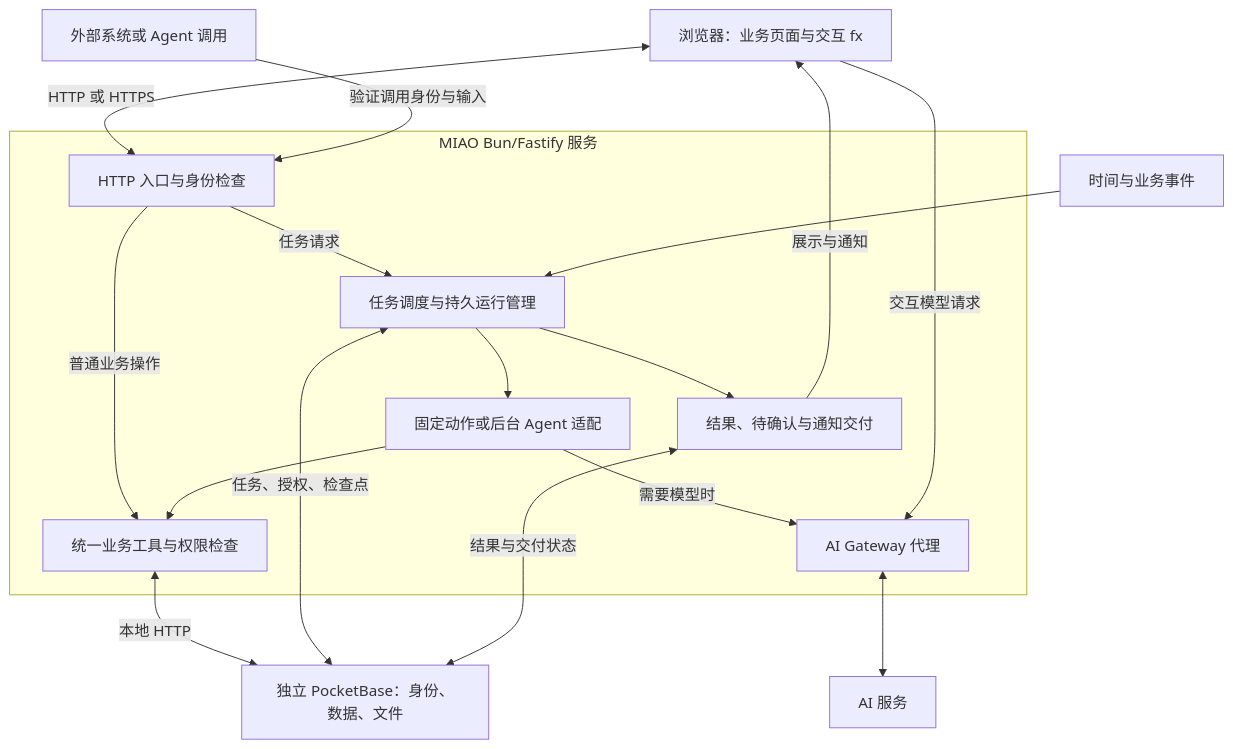
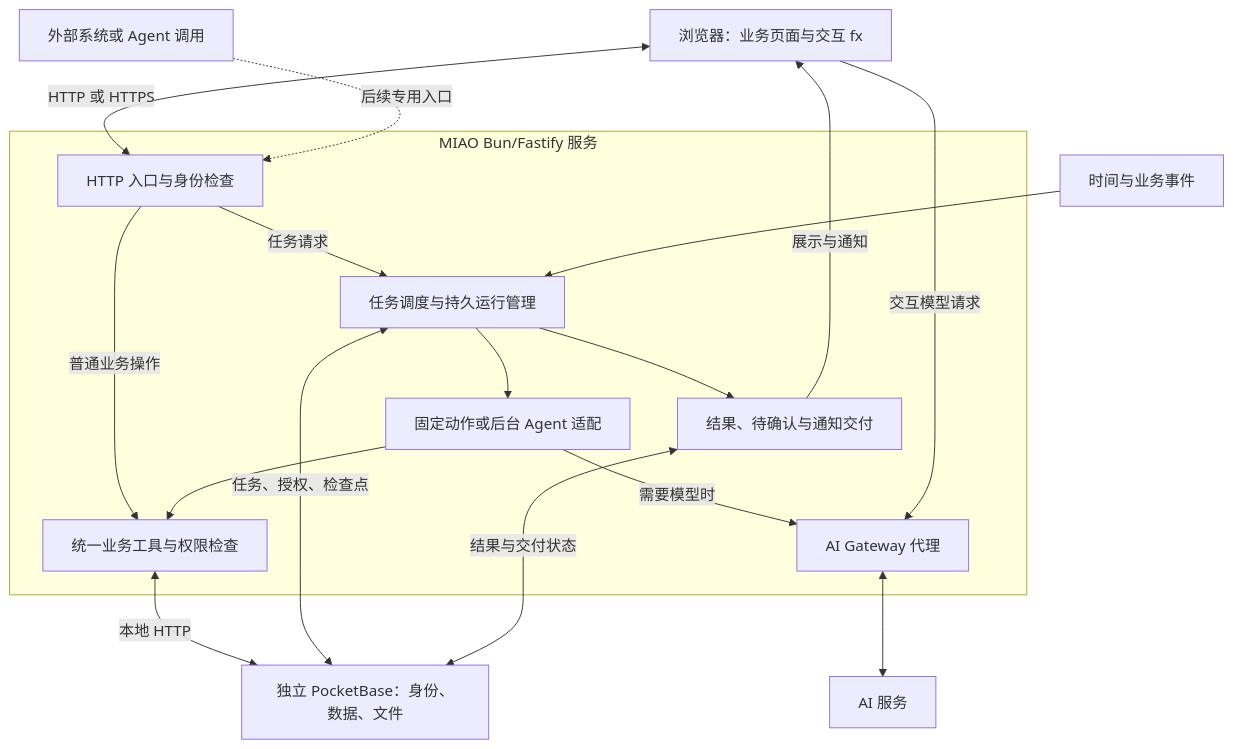
Before and after one commit to tans/miao: the first of 2 diagrams in docs/OPERATIONS.md, drawn with Mermaid. The commit also changed other lines of this file and 22 other files, not shown here.

````diff
--- a/docs/OPERATIONS.md
+++ b/docs/OPERATIONS.md
@@ -325,29 +369,29 @@
 ```mermaid
 flowchart TD
     WEB["浏览器：业务页面与交互 fx"]
     TRIGGER["时间与业务事件"]
     EXTERNAL["外部系统或 Agent 调用"]
     subgraph BUN["MIAO Bun/Fastify 服务"]
         API["HTTP 入口与身份检查"]
         RUN["任务调度与持久运行管理"]
         EXEC["固定动作或后台 Agent 适配"]
         TOOL["统一业务工具与权限检查"]
         RESULT["结果、待确认与通知交付"]
         GATEWAY["AI Gateway 代理"]
         API -->|任务请求| RUN
         API -->|普通业务操作| TOOL
         RUN --> EXEC
         EXEC --> TOOL
         EXEC -->|需要模型时| GATEWAY
         RUN --> RESULT
     end
     WEB <-->|HTTP 或 HTTPS| API
     WEB -->|交互模型请求| GATEWAY
-    EXTERNAL -->|验证调用身份与输入| API
+    EXTERNAL -.->|后续专用入口| API
     TRIGGER --> RUN
     TOOL <-->|本地 HTTP| PB["独立 PocketBase：身份、数据、文件"]
     RUN <-->|任务、授权、检查点| PB
     RESULT <-->|结果与交付状态| PB
     RESULT -->|展示与通知| WEB
     GATEWAY <--> AI["AI 服务"]
 ```
````
